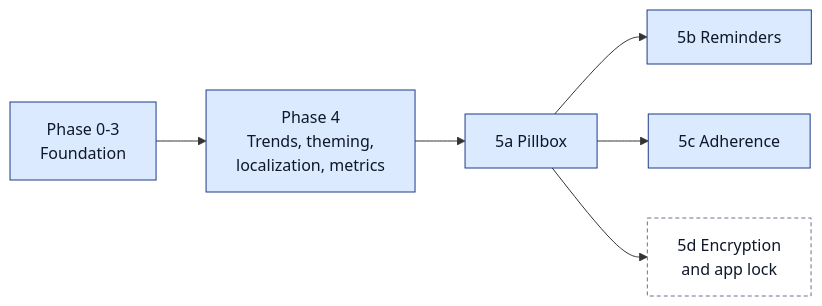
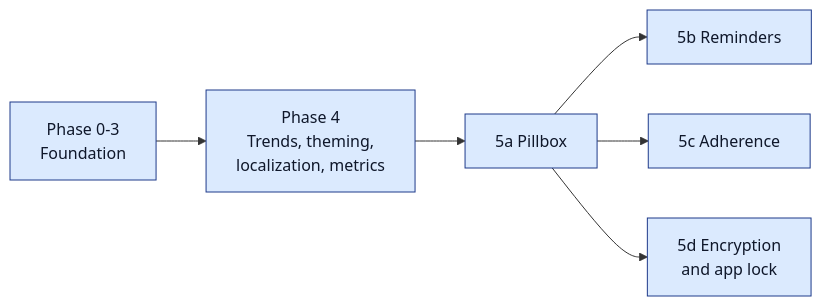
The second of 2 diagrams in README.md (mannetje/health_journal), drawn with Mermaid before and after one commit. The commit also changed other lines of this file, not shown here.

Commit message:
docs: restructure README key features into logical groups and update roadmap

````diff
--- a/README.md
+++ b/README.md
@@ -337,10 +276,9 @@
 ```mermaid
 flowchart LR
     P0["Phase 0-3<br/>Foundation"]:::done --> P4["Phase 4<br/>Trends, theming,<br/>localization, metrics"]:::done
     P4 --> P5A["5a Pillbox"]:::done
     P5A --> P5B["5b Reminders"]:::done
     P5A --> P5C["5c Adherence"]:::done
-    P5A --> P5D["5d Encryption<br/>and app lock"]:::next
+    P5A --> P5D["5d Encryption<br/>and app lock"]:::done
     classDef done fill:#dbeafe,stroke:#1e3a8a,color:#0f172a
-    classDef next fill:#fff,stroke:#64748b,stroke-dasharray: 4 3,color:#0f172a
 ```
````
